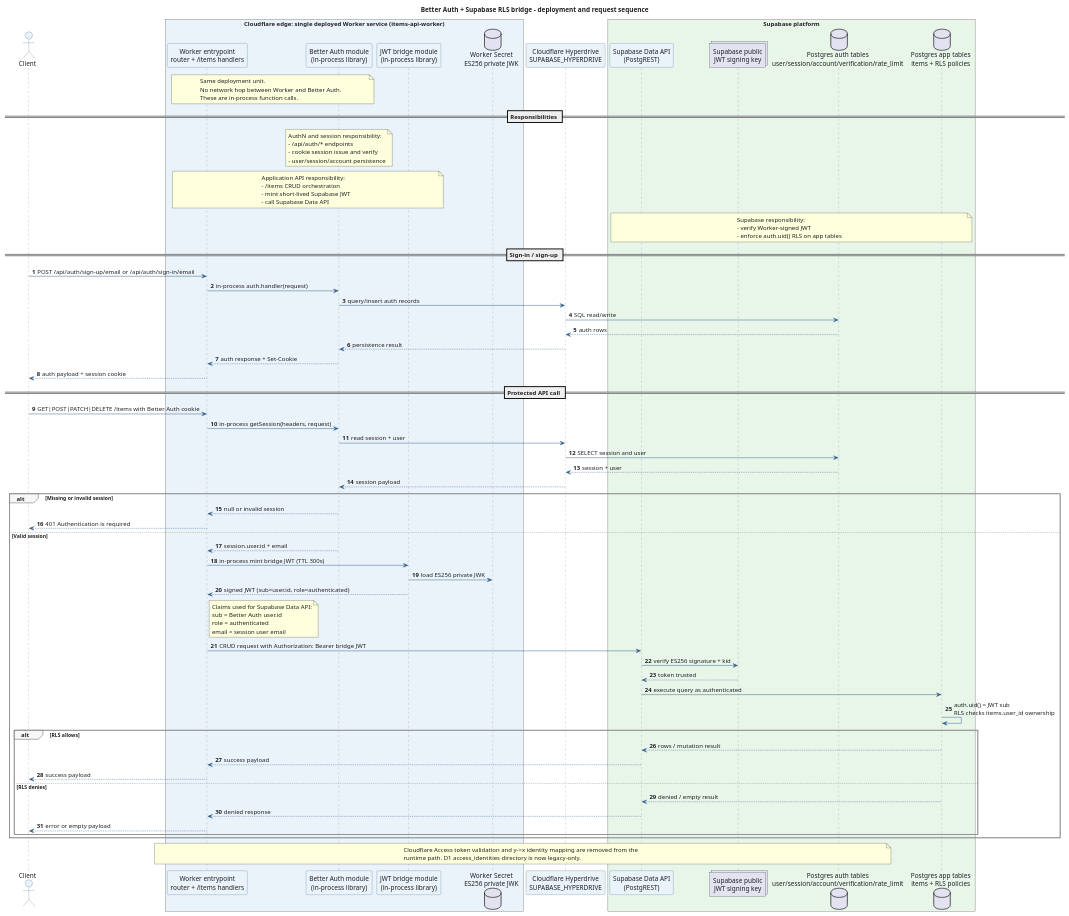
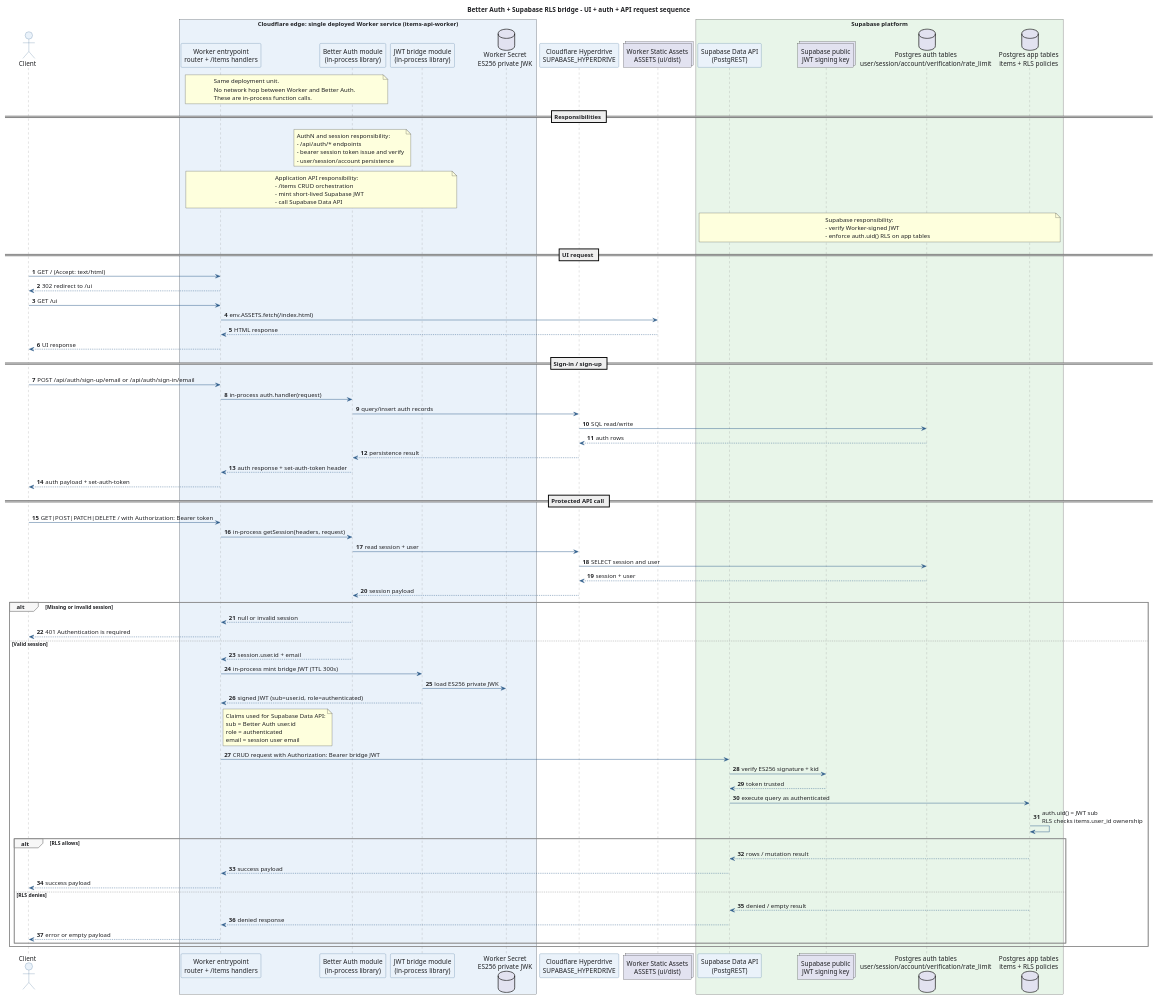
One commit to yuyutsuk/supa changed the diagram in docs/diagrams/better-auth-sequence.puml. Above: the diagram before and after it, drawn with PlantUML. The commit also changed 18 other files, not shown here.

Commit message:
feat: serve auth UI via worker assets and update docs

```diff
--- a/docs/diagrams/better-auth-sequence.puml
+++ b/docs/diagrams/better-auth-sequence.puml
@@ -1,121 +1,125 @@
 @startuml
-title Better Auth + Supabase RLS bridge - deployment and request sequence
+title Better Auth + Supabase RLS bridge - UI + auth + API request sequence
 autonumber
 
 skinparam backgroundColor #FFFFFF
 skinparam defaultFontColor #202124
 skinparam sequence {
   ArrowColor #2F5D8A
   LifeLineBorderColor #8A8A8A
   LifeLineBackgroundColor #FFFFFF
   ParticipantBorderColor #2F5D8A
   ParticipantBackgroundColor #EAF2FA
   ParticipantFontColor #202124
   ActorBorderColor #2F5D8A
   ActorBackgroundColor #EAF2FA
   ActorFontColor #202124
   GroupBorderColor #8A8A8A
   GroupBackgroundColor #F7F7F7
   GroupFontColor #202124
 }
 
 actor Client
 
 box "Cloudflare edge: single deployed Worker service (items-api-worker)" #EAF2FA
 participant "Worker entrypoint\nrouter + /items handlers" as Worker
 participant "Better Auth module\n(in-process library)" as BetterAuth
 participant "JWT bridge module\n(in-process library)" as Bridge
 database "Worker Secret\nES256 private JWK" as WorkerKey
 end box
 
 participant "Cloudflare Hyperdrive\nSUPABASE_HYPERDRIVE" as Hyperdrive
+collections "Worker Static Assets\nASSETS (ui/dist)" as Assets
 
 box "Supabase platform" #E8F5E9
 participant "Supabase Data API\n(PostgREST)" as DataAPI
 collections "Supabase public\nJWT signing key" as SupabaseKeys
 database "Postgres auth tables\nuser/session/account/verification/rate_limit" as AuthDB
 database "Postgres app tables\nitems + RLS policies" as AppDB
 end box
 
 note over Worker,BetterAuth
 Same deployment unit.
 No network hop between Worker and Better Auth.
 These are in-process function calls.
 end note
 
 == Responsibilities ==
 note over BetterAuth
 AuthN and session responsibility:
 - /api/auth/* endpoints
-- cookie session issue and verify
+- bearer session token issue and verify
 - user/session/account persistence
 end note
 
 note over Worker,Bridge
 Application API responsibility:
 - /items CRUD orchestration
 - mint short-lived Supabase JWT
 - call Supabase Data API
 end note
 
 note over DataAPI,AppDB
 Supabase responsibility:
 - verify Worker-signed JWT
 - enforce auth.uid() RLS on app tables
 end note
 
+== UI request ==
+Client -> Worker: GET / (Accept: text/html)
+Worker --> Client: 302 redirect to /ui
+Client -> Worker: GET /ui
+Worker -> Assets: env.ASSETS.fetch(/index.html)
+Assets --> Worker: HTML response
+Worker --> Client: UI response
+
 == Sign-in / sign-up ==
 Client -> Worker: POST /api/auth/sign-up/email or /api/auth/sign-in/email
 Worker -> BetterAuth: in-process auth.handler(request)
 BetterAuth -> Hyperdrive: query/insert auth records
 Hyperdrive -> AuthDB: SQL read/write
 AuthDB --> Hyperdrive: auth rows
 Hyperdrive --> BetterAuth: persistence result
-BetterAuth --> Worker: auth response + Set-Cookie
-Worker --> Client: auth payload + session cookie
+BetterAuth --> Worker: auth response + set-auth-token header
+Worker --> Client: auth payload + set-auth-token
 
 == Protected API call ==
-Client -> Worker: GET|POST|PATCH|DELETE /items with Better Auth cookie
+Client -> Worker: GET|POST|PATCH|DELETE / with Authorization: Bearer token
 Worker -> BetterAuth: in-process getSession(headers, request)
 BetterAuth -> Hyperdrive: read session + user
 Hyperdrive -> AuthDB: SELECT session and user
 AuthDB --> Hyperdrive: session + user
 Hyperdrive --> BetterAuth: session payload
 
 alt Missing or invalid session
   BetterAuth --> Worker: null or invalid session
   Worker --> Client: 401 Authentication is required
 else Valid session
   BetterAuth --> Worker: session.user.id + email
   Worker -> Bridge: in-process mint bridge JWT (TTL 300s)
   Bridge -> WorkerKey: load ES256 private JWK
   Bridge --> Worker: signed JWT (sub=user.id, role=authenticated)
   note right of Worker
   Claims used for Supabase Data API:
   sub = Better Auth user.id
   role = authenticated
   email = session user email
   end note
   Worker -> DataAPI: CRUD request with Authorization: Bearer bridge JWT
   DataAPI -> SupabaseKeys: verify ES256 signature + kid
   SupabaseKeys --> DataAPI: token trusted
   DataAPI -> AppDB: execute query as authenticated
   AppDB -> AppDB: auth.uid() = JWT sub\nRLS checks items.user_id ownership
 
   alt RLS allows
     AppDB --> DataAPI: rows / mutation result
     DataAPI --> Worker: success payload
     Worker --> Client: success payload
   else RLS denies
     AppDB --> DataAPI: denied / empty result
     DataAPI --> Worker: denied response
     Worker --> Client: error or empty payload
   end
 end
 
-note over Worker,AuthDB
-Cloudflare Access token validation and y->x identity mapping are removed from the
-runtime path. D1 access_identities directory is now legacy-only.
-end note
-
 @enduml
```
